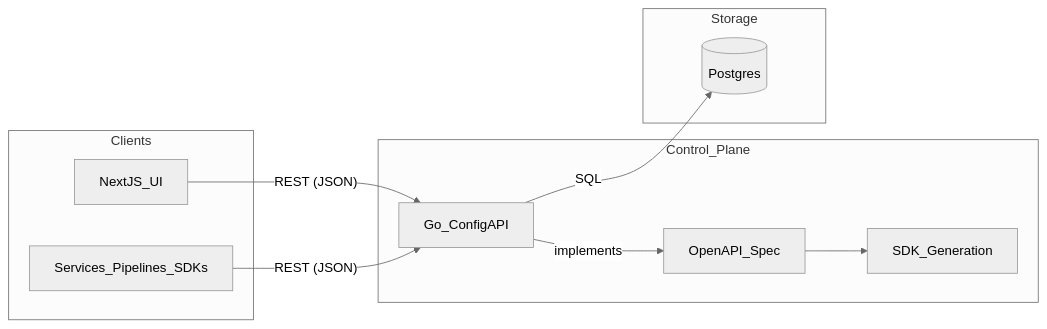
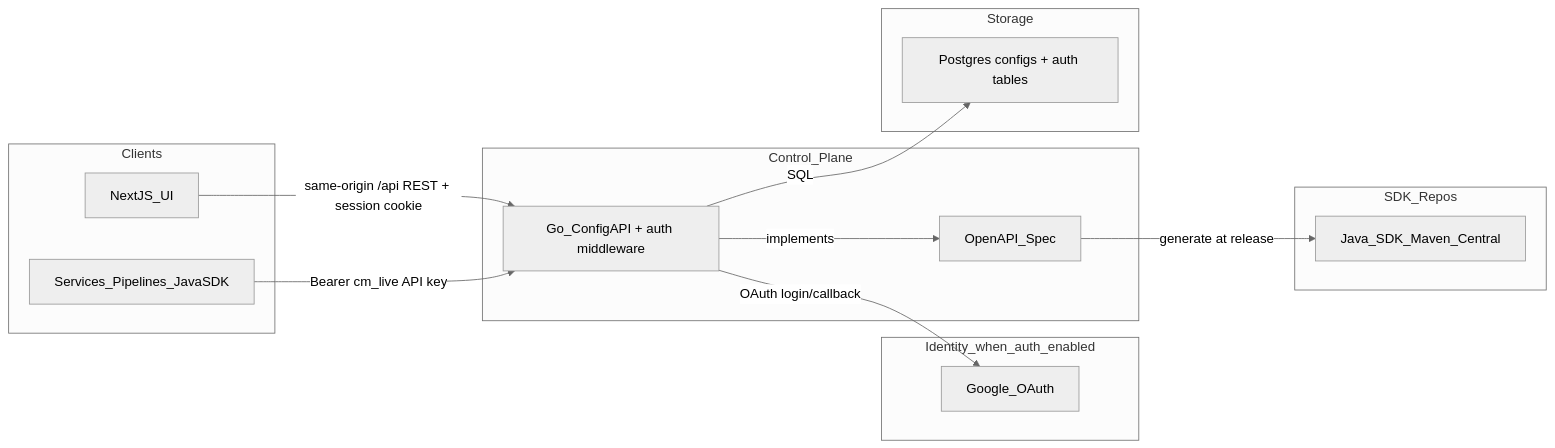
Before and after one commit to arverma/config-manager: the first of 6 diagrams in docs/architecture.md, drawn with Mermaid (neutral theme). The commit also changed other lines of this file and 2 other files, not shown here.

Commit message:
Updated the openAPI info.version: 0.2.0

````diff
--- a/docs/architecture.md
+++ b/docs/architecture.md
@@ -20,24 +20,32 @@
 ```mermaid
 flowchart LR
   subgraph clients [Clients]
     BrowserUI[NextJS_UI]
-    Services[Services_Pipelines_SDKs]
+    Services[Services_Pipelines_JavaSDK]
+  end
+
+  subgraph identity [Identity_when_auth_enabled]
+    Google[Google_OAuth]
   end
 
   subgraph controlPlane [Control_Plane]
-    ApiService[Go_ConfigAPI]
+    ApiService["Go_ConfigAPI + auth middleware"]
     OpenAPI[OpenAPI_Spec]
-    SdkGen[SDK_Generation]
+  end
+
+  subgraph sdkRepos [SDK_Repos]
+    JavaSDK[Java_SDK_Maven_Central]
   end
 
   subgraph storage [Storage]
-    Postgres[(Postgres)]
+    Postgres["Postgres configs + auth tables"]
   end
 
-  BrowserUI -->|"REST (JSON)"| ApiService
-  Services -->|"REST (JSON)"| ApiService
+  BrowserUI -->|"same-origin /api REST + session cookie"| ApiService
+  Services -->|"Bearer cm_live API key"| ApiService
+  ApiService -->|"OAuth login/callback"| Google
   ApiService -->|"SQL"| Postgres
 
-  OpenAPI --> SdkGen
+  OpenAPI -->|"generate at release"| JavaSDK
   ApiService -->|"implements"| OpenAPI
 ```
````
